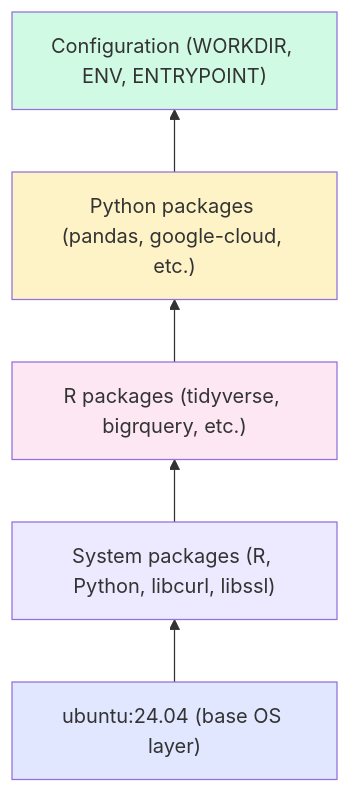
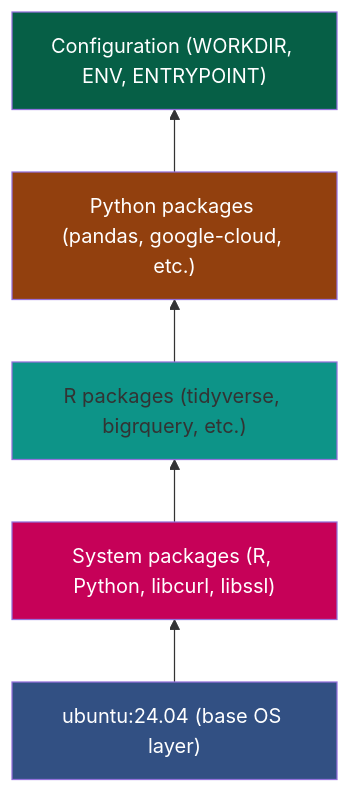
The third of 8 diagrams in docs/docker-containers.md (Ch3w3y/docker_gcp), drawn with Mermaid before and after one commit. The commit also changed other lines of this file and 11 other files, not shown here.

First line of the commit message:
Fix/mermaid contrast and linebreaks (#17)

````diff
--- a/docs/docker-containers.md
+++ b/docs/docker-containers.md
@@ -149,16 +149,16 @@
 ```mermaid
 flowchart BT
     L1["ubuntu:24.04 (base OS layer)"]
     L2["System packages (R, Python, libcurl, libssl)"]
     L3["R packages (tidyverse, bigrquery, etc.)"]
     L4["Python packages (pandas, google-cloud, etc.)"]
     L5["Configuration (WORKDIR, ENV, ENTRYPOINT)"]
 
     L1 --> L2 --> L3 --> L4 --> L5
 
-    style L1 fill:#e0e7ff
-    style L2 fill:#ede9fe
-    style L3 fill:#fce7f3
-    style L4 fill:#fef3c7
-    style L5 fill:#d1fae5
+    style L1 fill:#325083,color:#ffffff
+    style L2 fill:#c60158,color:#ffffff
+    style L3 fill:#0d9488,color:#fffffffff
+    style L4 fill:#92400e,color:#ffffff
+    style L5 fill:#065f46,color:#ffffff
 ```
````
